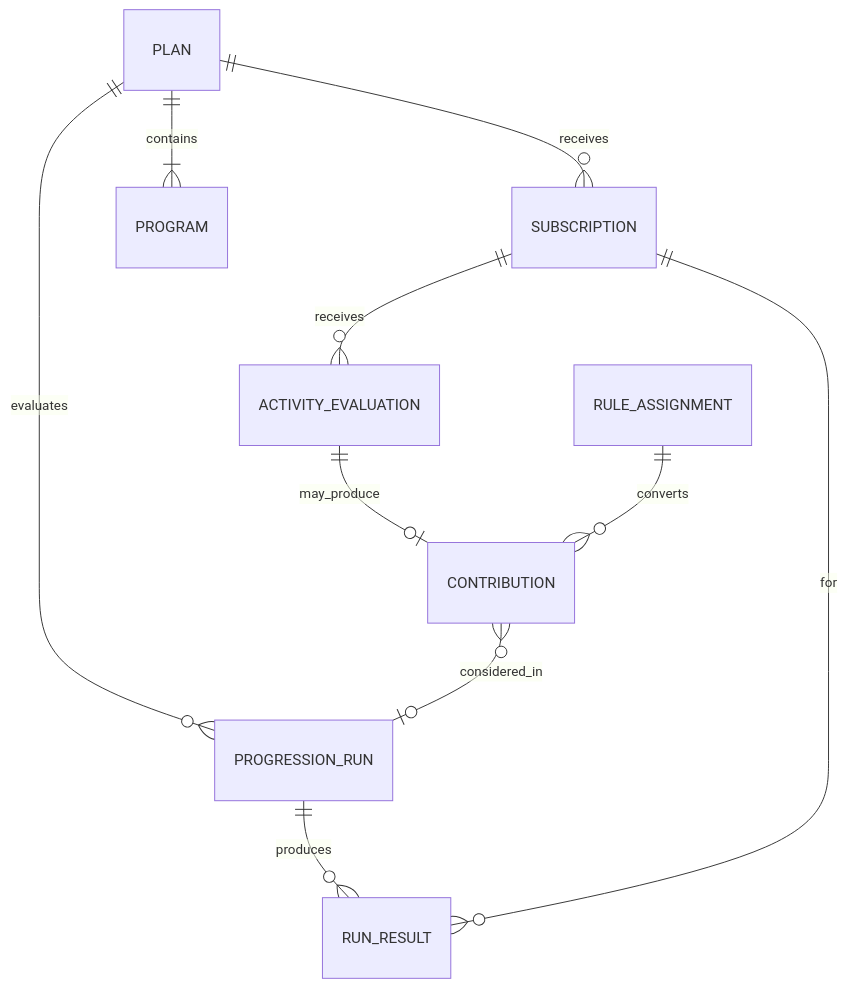
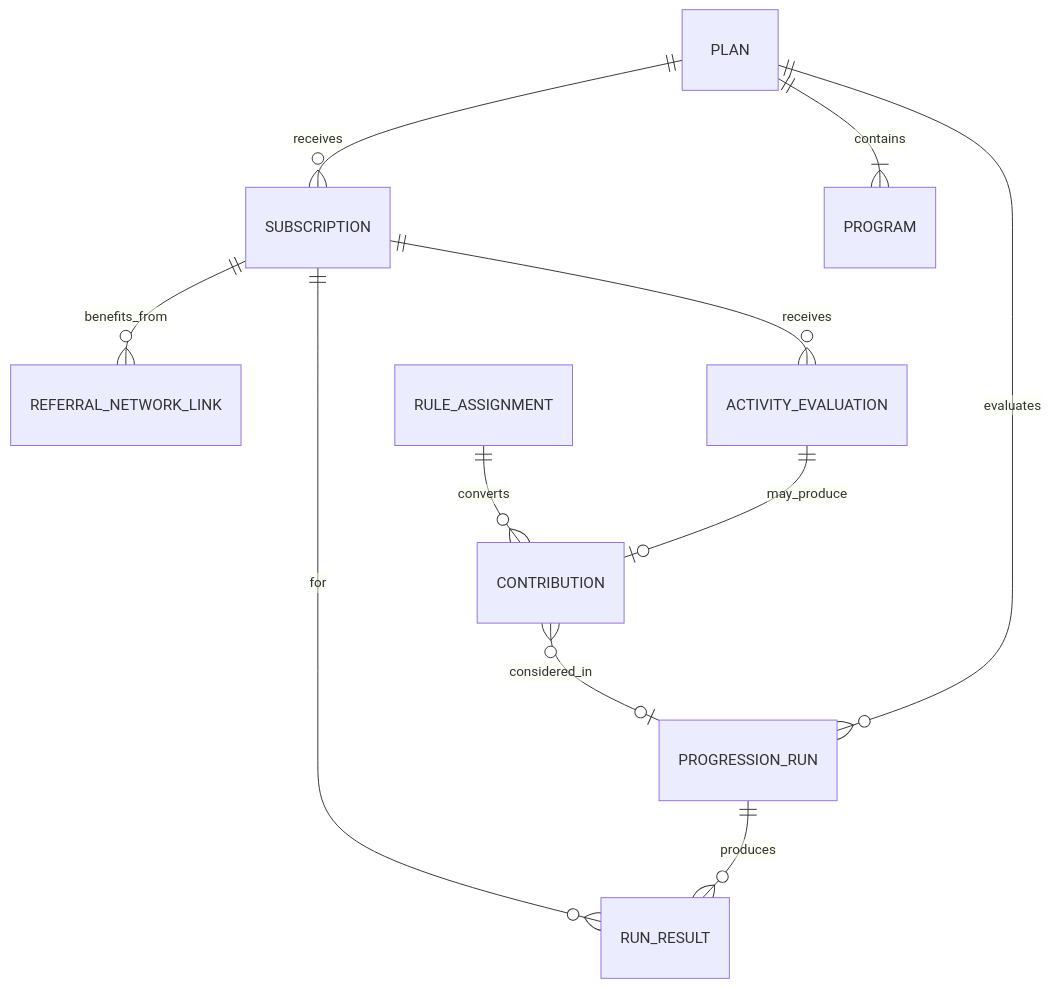
The first of 3 diagrams in docs/bds/progression.bds.md (MMTech-Solutions/ib-service), drawn with Mermaid before and after one commit. The commit also changed other lines of this file and 13 other files, not shown here.

Commit message:
docs(ib): document progression and rewards roadmap

````diff
--- a/docs/bds/progression.bds.md
+++ b/docs/bds/progression.bds.md
@@ -36,12 +39,13 @@
 ```mermaid
 erDiagram
     PLAN ||--o{ SUBSCRIPTION : receives
     PLAN ||--|{ PROGRAM : contains
     PLAN ||--o{ PROGRESSION_RUN : evaluates
+    SUBSCRIPTION ||--o{ REFERRAL_NETWORK_LINK : benefits_from
     SUBSCRIPTION ||--o{ ACTIVITY_EVALUATION : receives
     ACTIVITY_EVALUATION ||--o| CONTRIBUTION : may_produce
     RULE_ASSIGNMENT ||--o{ CONTRIBUTION : converts
     PROGRESSION_RUN ||--o{ RUN_RESULT : produces
     RUN_RESULT }o--|| SUBSCRIPTION : for
     CONTRIBUTION }o--o| PROGRESSION_RUN : considered_in
 ```
````
